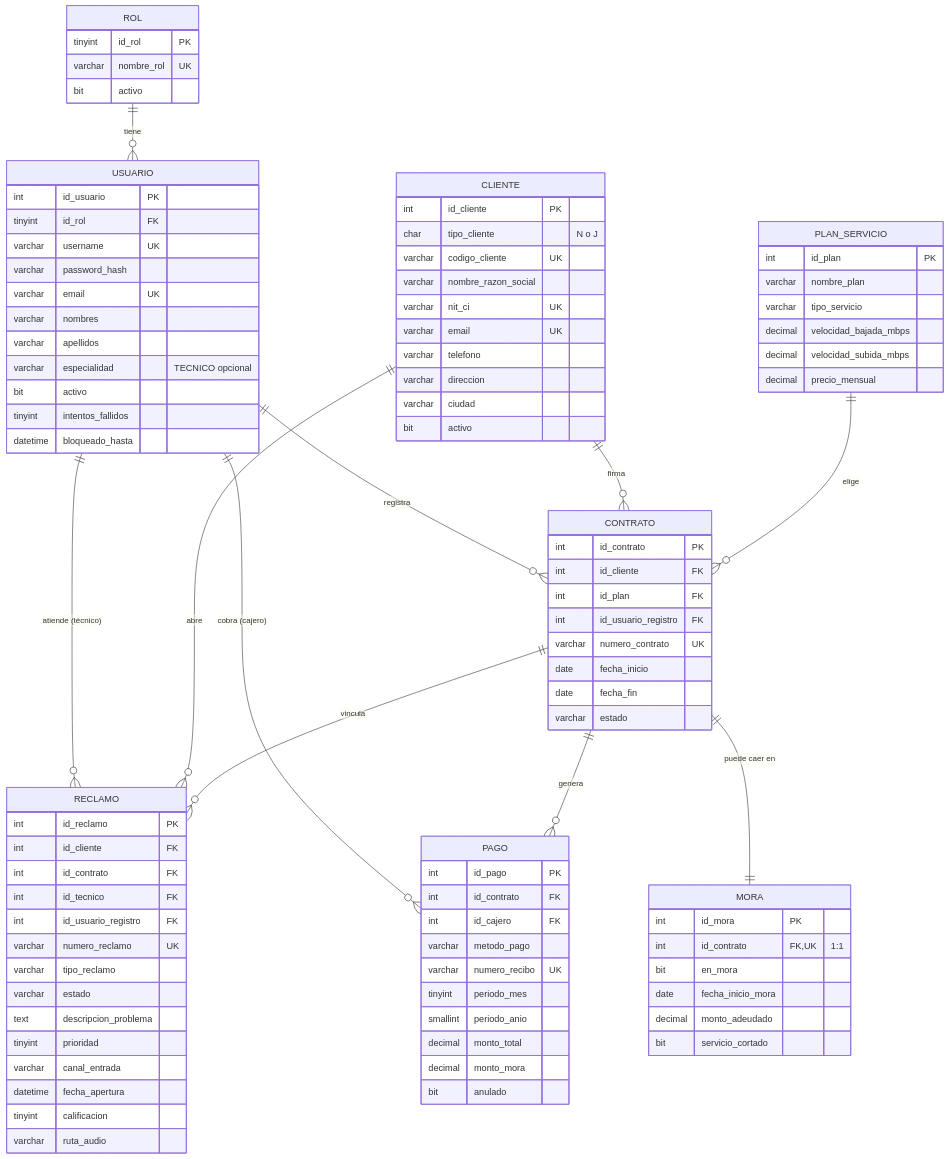
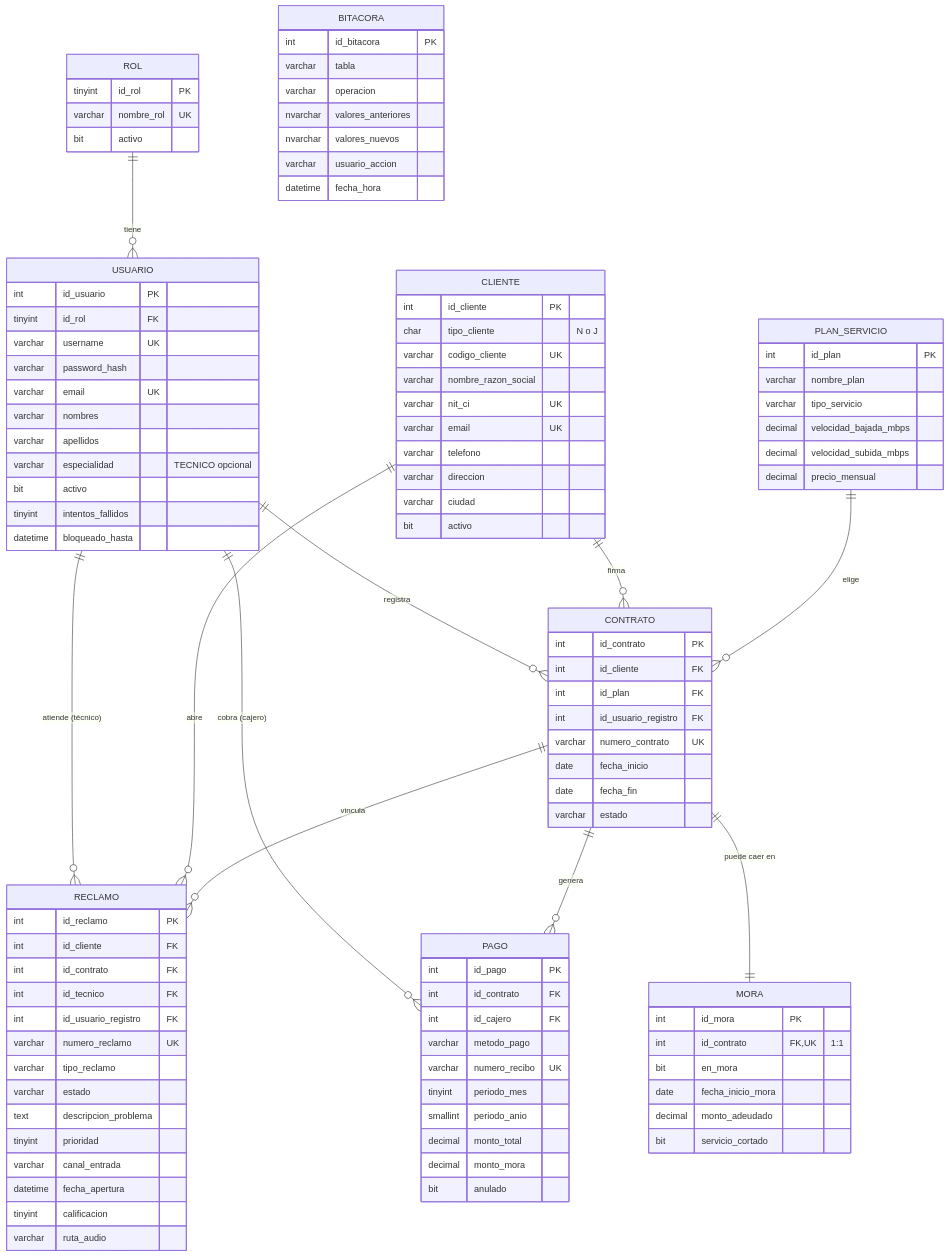
The diagram in docs/03-base-datos/README.md (claudiosddevs/adrian), drawn with Mermaid before and after one commit. The commit also changed other lines of this file and 5 other files, not shown here.

````diff
--- a/docs/03-base-datos/README.md
+++ b/docs/03-base-datos/README.md
@@ -115,4 +115,14 @@
         tinyint calificacion
         varchar ruta_audio
     }
+
+    BITACORA {
+        int id_bitacora PK
+        varchar tabla
+        varchar operacion
+        nvarchar valores_anteriores
+        nvarchar valores_nuevos
+        varchar usuario_accion
+        datetime fecha_hora
+    }
 ```
````
